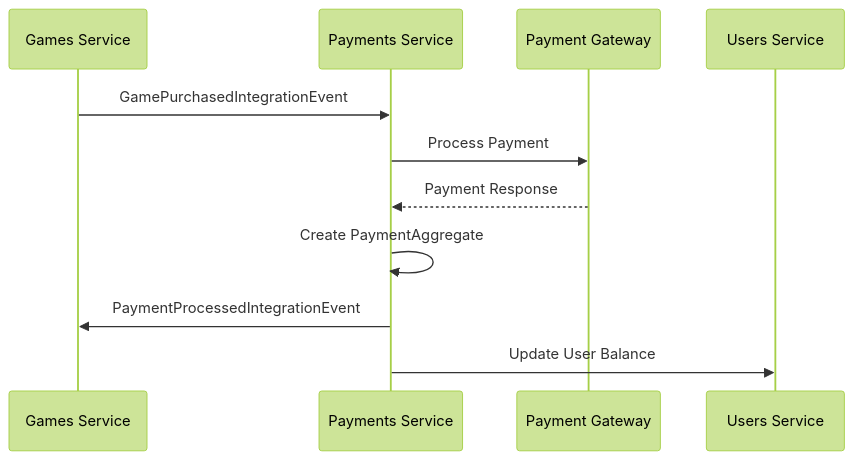
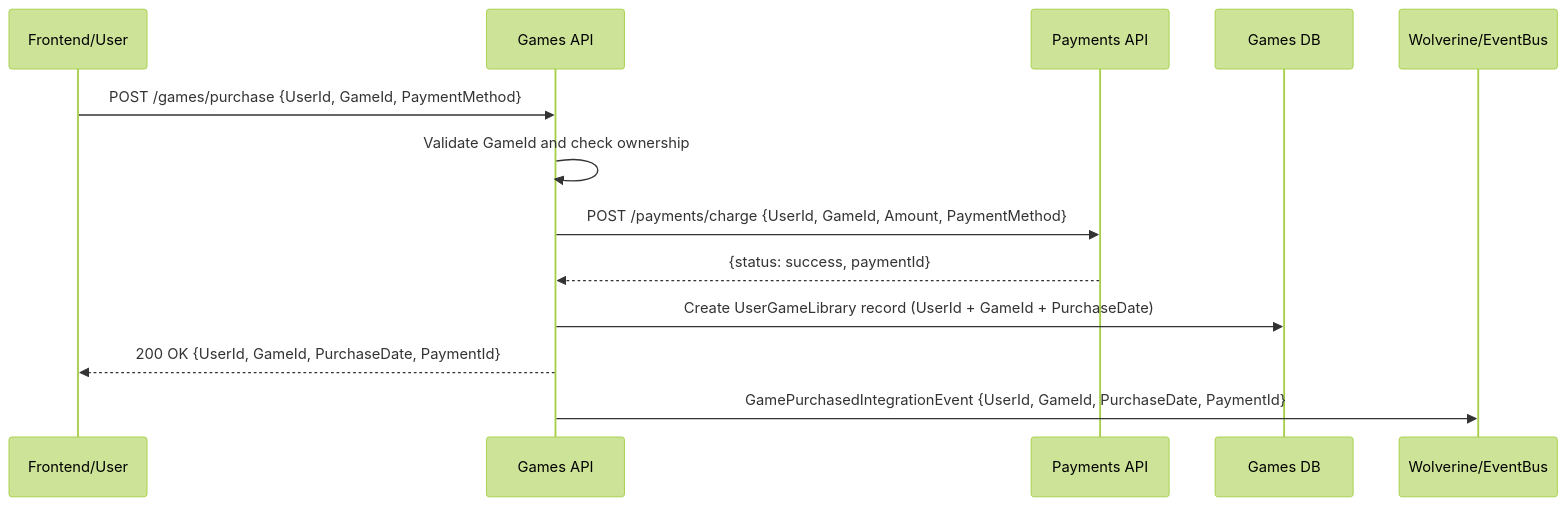
The diagram in README.md (rdpresser/tc-cloudgames-payments), drawn with Mermaid (forest theme) before and after one commit. The commit also changed other lines of this file, not shown here.

````diff
--- a/README.md
+++ b/README.md
@@ -234,14 +236,16 @@
 ```mermaid
 sequenceDiagram
-    participant Games as Games Service
-    participant Payments as Payments Service
-    participant Gateway as Payment Gateway
-    participant Users as Users Service
+    participant User as Frontend/User
+    participant Games as Games API
+    participant Payments as Payments API
+    participant DB as Games DB
+    participant Bus as Wolverine/EventBus
 
-    Games->>Payments: GamePurchasedIntegrationEvent
-    Payments->>Gateway: Process Payment
-    Gateway-->>Payments: Payment Response
-    Payments->>Payments: Create PaymentAggregate
-    Payments->>Games: PaymentProcessedIntegrationEvent
-    Payments->>Users: Update User Balance
+    User->>Games: POST /games/purchase {UserId, GameId, PaymentMethod}
+    Games->>Games: Validate GameId and check ownership
+    Games->>Payments: POST /payments/charge {UserId, GameId, Amount, PaymentMethod}
+    Payments-->>Games: {status: success, paymentId}
+    Games->>DB: Create UserGameLibrary record (UserId + GameId + PurchaseDate)
+    Games-->>User: 200 OK {UserId, GameId, PurchaseDate, PaymentId}
+    Games->>Bus: GamePurchasedIntegrationEvent {UserId, GameId, PurchaseDate, PaymentId}
 ```
````
